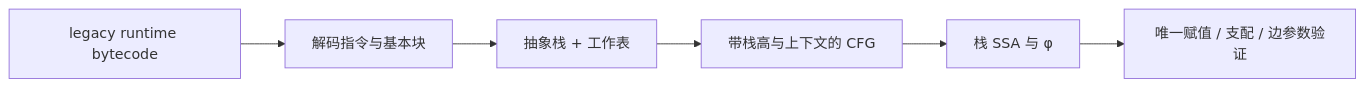
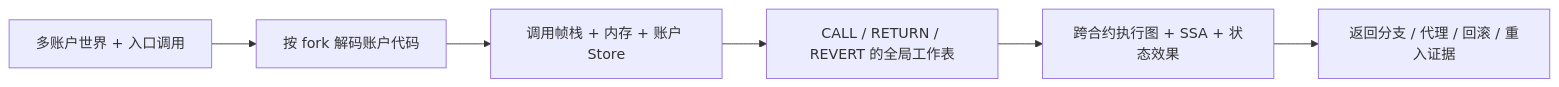
The diagram in README.md (ethever/evm-abstract-lab), drawn with Mermaid before and after one commit. The commit also changed other lines of this file and 51 other files, not shown here.

````diff
--- a/README.md
+++ b/README.md
@@ -7,8 +7,8 @@
 ```mermaid
 flowchart LR
-    A[legacy runtime bytecode] --> B[解码指令与基本块]
-    B --> C[抽象栈 + 工作表]
-    C --> D[带栈高与上下文的 CFG]
-    D --> E[栈 SSA 与 φ]
-    E --> F[唯一赋值 / 支配 / 边参数验证]
+    A[多账户世界 + 入口调用] --> B[按 fork 解码账户代码]
+    B --> C[调用帧栈 + 内存 + 账户 Store]
+    C --> D[CALL / RETURN / REVERT 的全局工作表]
+    D --> E[跨合约执行图 + SSA + 状态效果]
+    E --> F[返回分支 / 代理 / 回滚 / 重入证据]
 ```
````
